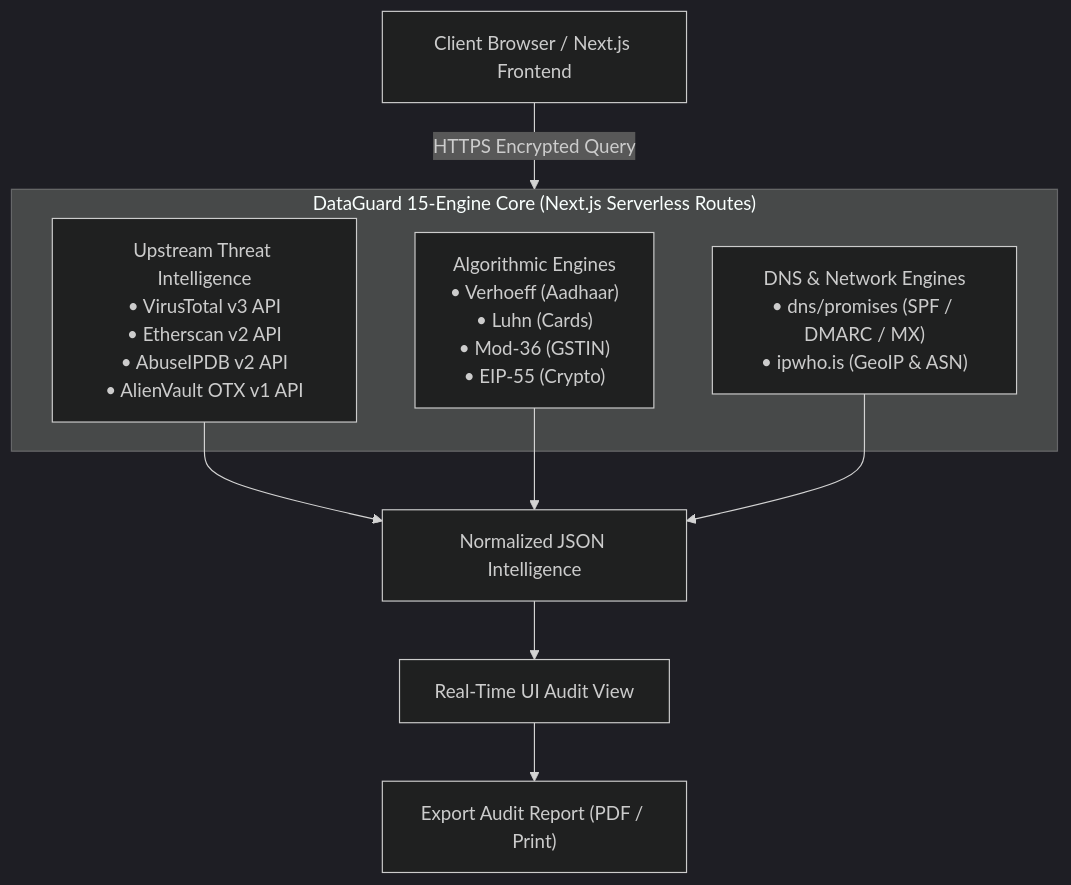
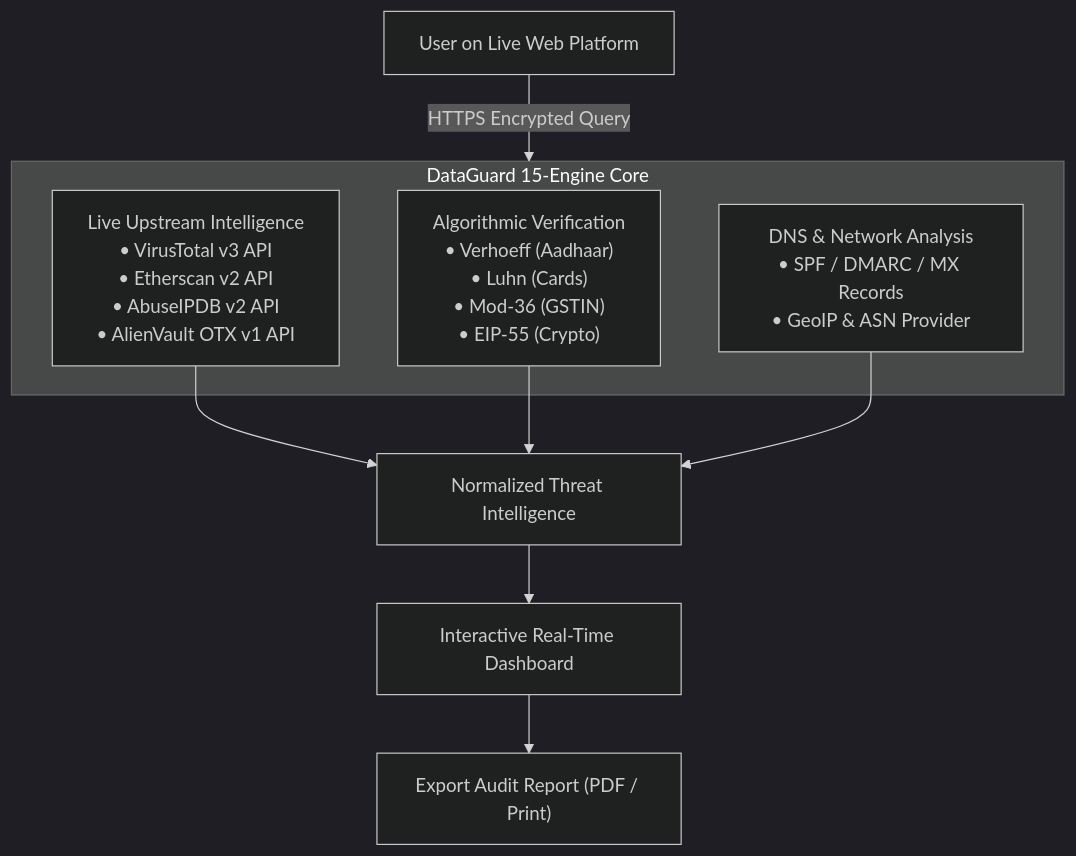
One commit to jojin1709/dataguard changed the diagram in README.md. Above: the diagram before and after it, drawn with Mermaid (dark theme). The commit also changed other lines of this file and 2 other files, not shown here.

````diff
--- a/README.md
+++ b/README.md
@@ -109,18 +103,18 @@
 ```mermaid
 flowchart TD
-    CLIENT["Client Browser / Next.js Frontend"]
+    CLIENT["User on Live Web Platform"]
     
-    subgraph EngineLayer["DataGuard 15-Engine Core (Next.js Serverless Routes)"]
-        ALGO["Algorithmic Engines<br/>• Verhoeff (Aadhaar)<br/>• Luhn (Cards)<br/>• Mod-36 (GSTIN)<br/>• EIP-55 (Crypto)"]
-        DNS_PROV["DNS & Network Engines<br/>• dns/promises (SPF / DMARC / MX)<br/>• ipwho.is (GeoIP & ASN)"]
-        INTEL["Upstream Threat Intelligence<br/>• VirusTotal v3 API<br/>• Etherscan v2 API<br/>• AbuseIPDB v2 API<br/>• AlienVault OTX v1 API"]
+    subgraph EngineLayer["DataGuard 15-Engine Core"]
+        ALGO["Algorithmic Verification<br/>• Verhoeff (Aadhaar)<br/>• Luhn (Cards)<br/>• Mod-36 (GSTIN)<br/>• EIP-55 (Crypto)"]
+        DNS_PROV["DNS & Network Analysis<br/>• SPF / DMARC / MX Records<br/>• GeoIP & ASN Provider"]
+        INTEL["Live Upstream Intelligence<br/>• VirusTotal v3 API<br/>• Etherscan v2 API<br/>• AbuseIPDB v2 API<br/>• AlienVault OTX v1 API"]
     end
     
     CLIENT -- "HTTPS Encrypted Query" --> EngineLayer
-    INTEL --> RES["Normalized JSON Intelligence"]
+    INTEL --> RES["Normalized Threat Intelligence"]
     ALGO --> RES
     DNS_PROV --> RES
     
-    RES --> UI["Real-Time UI Audit View"]
+    RES --> UI["Interactive Real-Time Dashboard"]
     UI --> PDF["Export Audit Report (PDF / Print)"]
 ```
````
